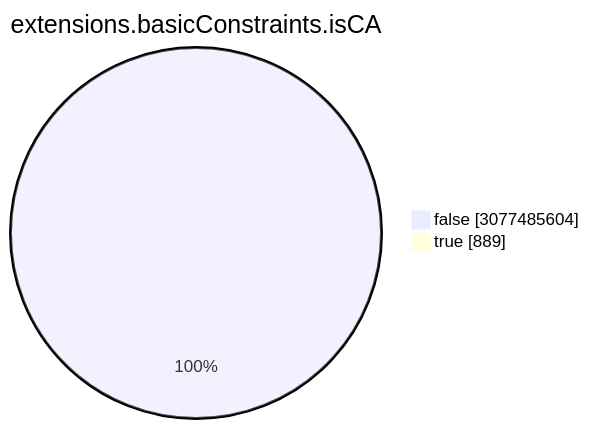
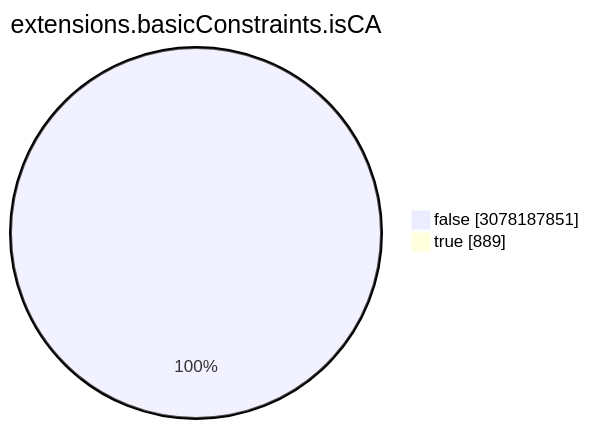
Before and after one commit to christiankrug/ctmonitor_visualization: the seventh of 15 diagrams in TOTAL/README.md, drawn with Mermaid. The commit also changed other lines of this file, not shown here.

````diff
--- a/TOTAL/README.md
+++ b/TOTAL/README.md
@@ -3088,6 +3088,6 @@
 ```mermaid
 pie showData
 title extensions.basicConstraints.isCA
-"false" :3077485604
+"false" :3078187851
 "true" :889
 ```
````
